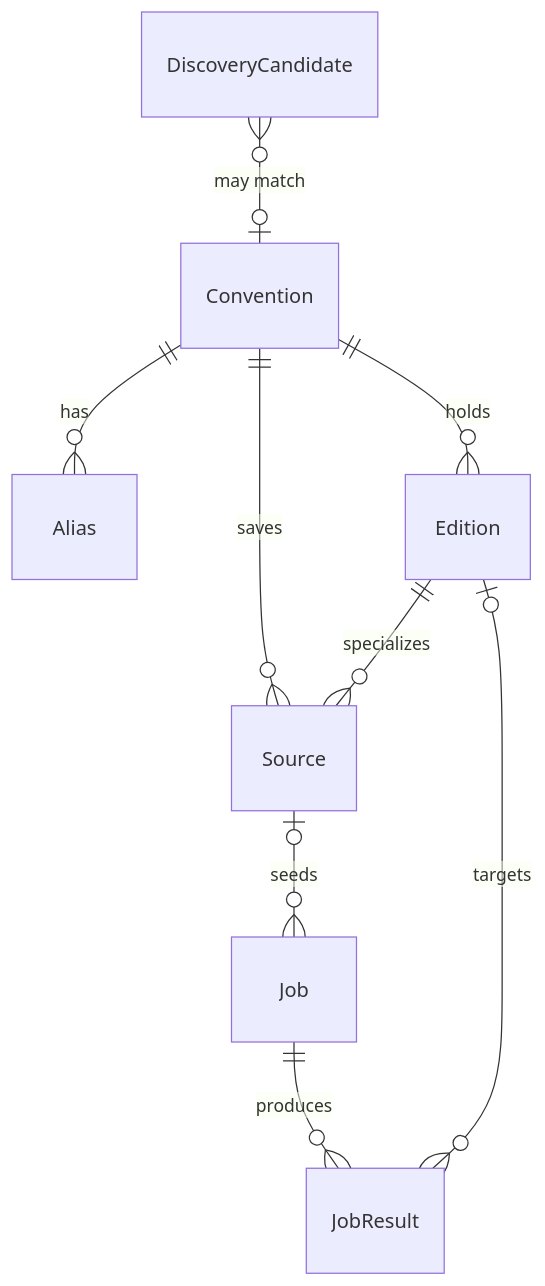
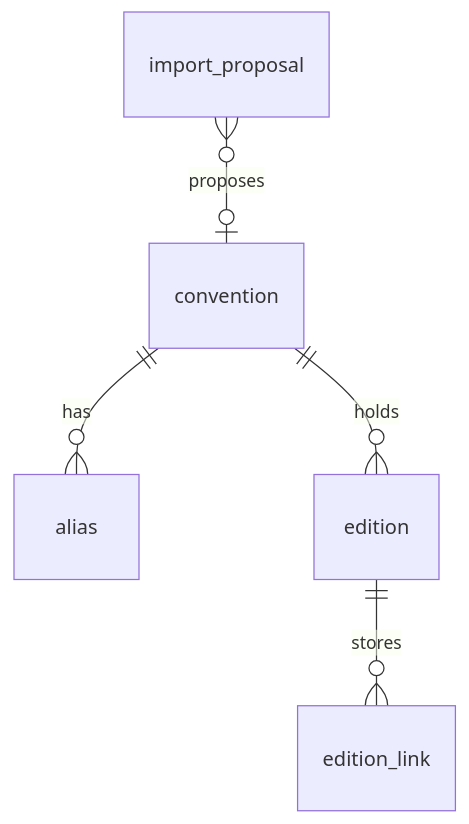
Before and after one commit to leav/expo_tracker: the second of 3 diagrams in docs/DESIGN.md, drawn with Mermaid. The commit also changed other lines of this file, not shown here.

Commit message:
Refactor DESIGN.md to enhance clarity and structure. Updated project description to emphasize web app functionality, added core principles, and streamlined milestone tracking. Improved runtime and architecture sections for better understanding of app operations and job handling.

````diff
--- a/docs/DESIGN.md
+++ b/docs/DESIGN.md
@@ -190,11 +73,7 @@
 ```mermaid
 erDiagram
-  Convention ||--o{ Alias : has
-  Convention ||--o{ Edition : holds
-  Convention ||--o{ Source : saves
-  Edition ||--o{ Source : specializes
-  Source o|--o{ Job : seeds
-  Job ||--o{ JobResult : produces
-  Edition o|--o{ JobResult : targets
-  DiscoveryCandidate }o--o| Convention : "may match"
+  convention ||--o{ alias : has
+  convention ||--o{ edition : holds
+  edition ||--o{ edition_link : stores
+  import_proposal }o--o| convention : proposes
 ```
````
